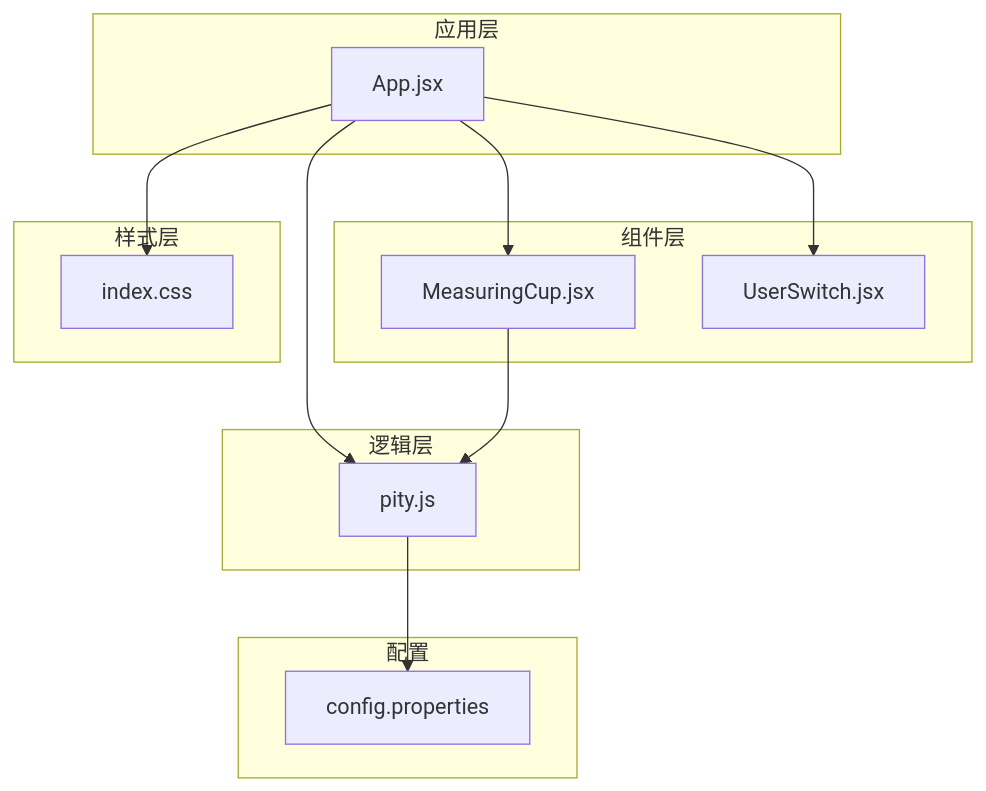
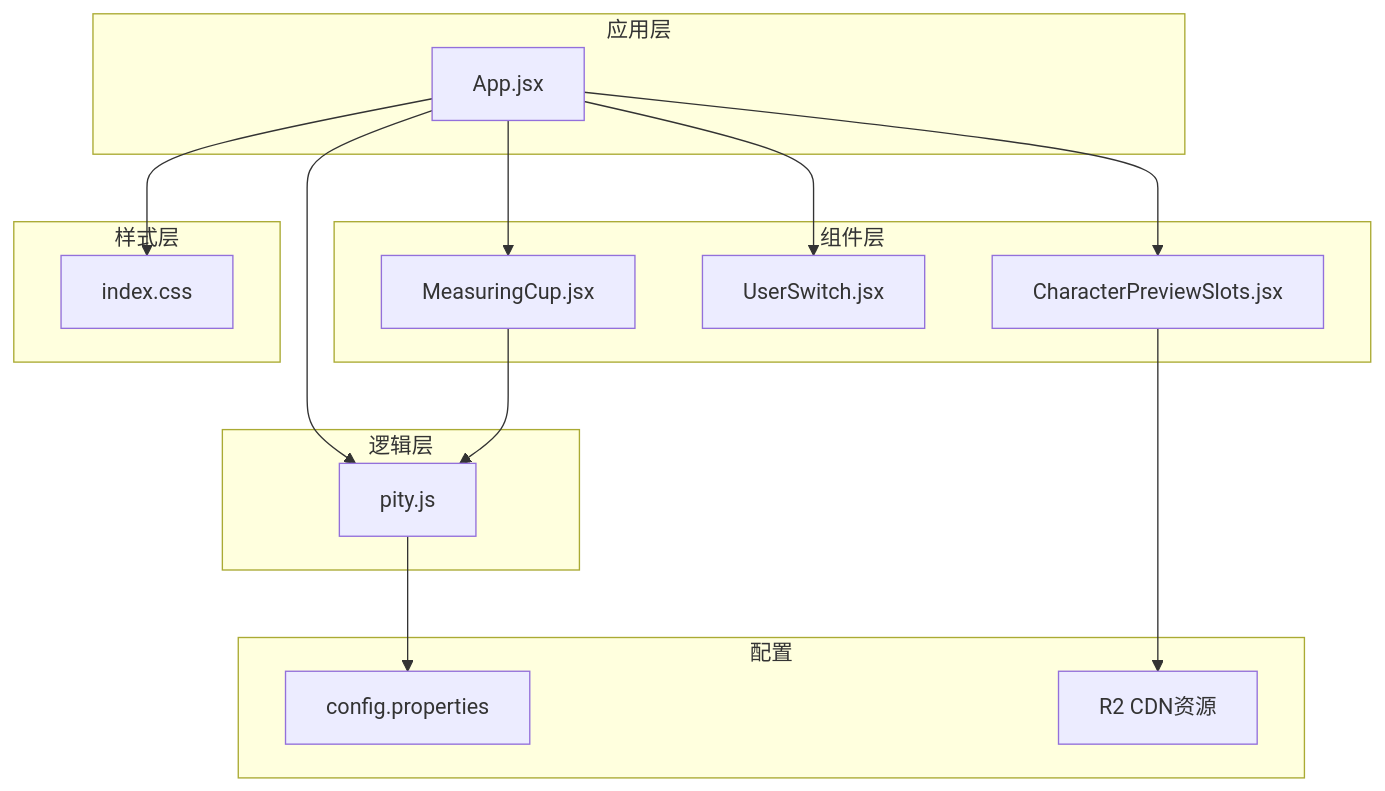
One commit to March7th-OvO/yuanshen changed the first of 7 diagrams in .qoder/repowiki/zh/content/UI组件/UI组件.md. Above: the diagram before and after it, drawn with Mermaid. The commit also changed other lines of this file and 5 other files, not shown here.

````diff
--- a/.qoder/repowiki/zh/content/UI组件/UI组件.md
+++ b/.qoder/repowiki/zh/content/UI组件/UI组件.md
@@ -40,25 +48,29 @@
 ```mermaid
 graph TB
 subgraph "应用层"
 A["App.jsx"]
 end
 subgraph "组件层"
 B["MeasuringCup.jsx"]
 C["UserSwitch.jsx"]
+D["CharacterPreviewSlots.jsx"]
 end
 subgraph "逻辑层"
-D["pity.js"]
+E["pity.js"]
 end
 subgraph "样式层"
-E["index.css"]
+F["index.css"]
 end
 subgraph "配置"
-F["config.properties"]
+G["config.properties"]
+H["R2 CDN资源"]
 end
 A --> B
 A --> C
 A --> D
-B --> D
 A --> E
-D --> F
+B --> E
+D --> H
+A --> F
+E --> G
 ```
````
